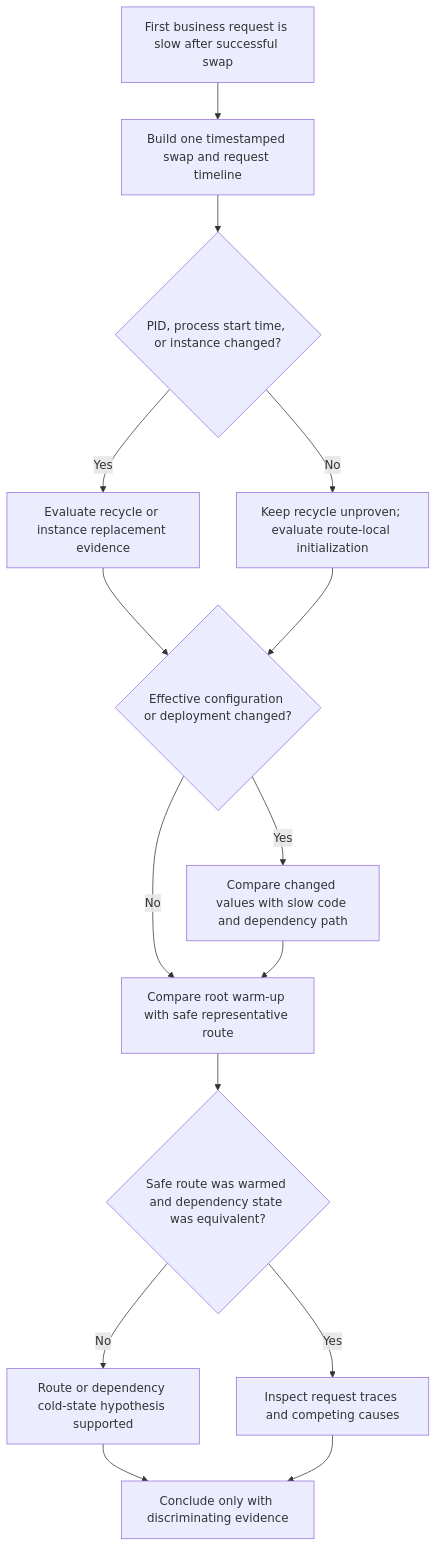
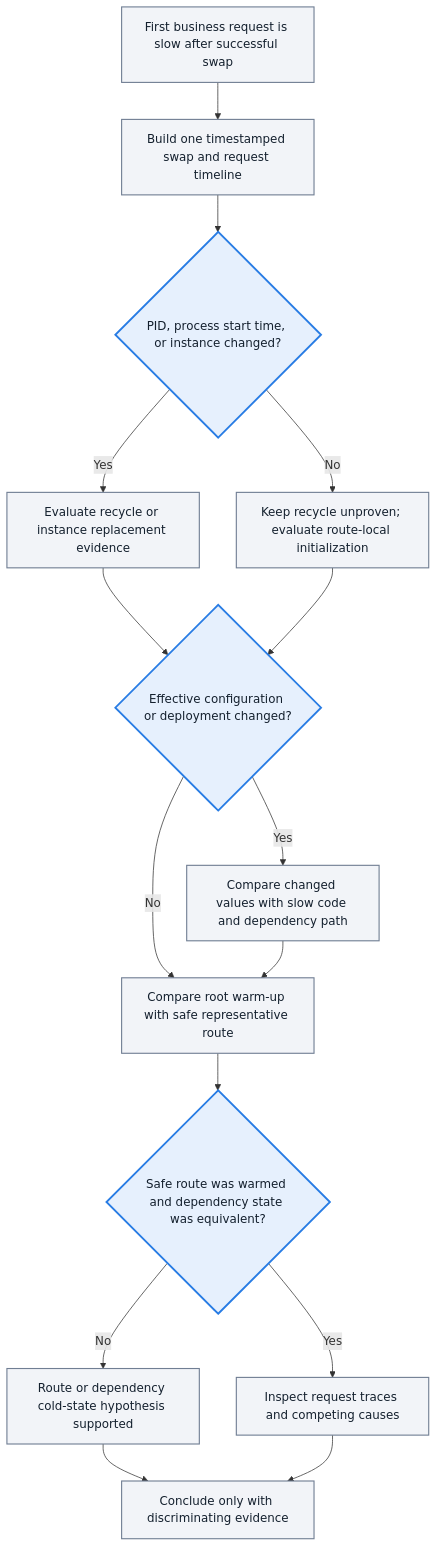
One commit to yeongseon/azure-app-service-practical-guide changed the diagram in docs/troubleshooting/playbooks/startup-availability/windows-slot-swap-first-request-latency.md. Above: the diagram before and after it, drawn with Mermaid. The commit also changed other lines of this file and 1 other file, not shown here.

Commit message:
docs(diagrams): migrate the windows slot swap first request latency decision flow
Type the playbook's one decision flowchart under the proposed topology
grammar v1 as plain Mermaid: accTitle and accDescr, the two Table 6.1 role
classes (baseNeutral for the steps and the conclusion, focusActive for the
three decisions) and a Legend & Takeaway line. Node texts, edges and branch
labels are unchanged, checked programmatically. Mark only this occurrence
completed in the manifest, with an empty composition target.

Refs #344
Refs #287
Refs #281

````diff
--- a/docs/troubleshooting/playbooks/startup-availability/windows-slot-swap-first-request-latency.md
+++ b/docs/troubleshooting/playbooks/startup-availability/windows-slot-swap-first-request-latency.md
@@ -63,17 +63,23 @@
 ```mermaid
 flowchart TD
+    accTitle: Windows Slot-Swap First-Request Latency Decision Flow
+    accDescr: Top-down diagnostic decision flow checking whether PID, process start time, or instance changed, whether effective configuration or deployment changed, and whether a safe representative route and dependency state were warmed before concluding only with discriminating evidence.
     A[First business request is slow after successful swap] --> B[Build one timestamped swap and request timeline]
     B --> C{PID, process start time, or instance changed?}
     C -->|Yes| D[Evaluate recycle or instance replacement evidence]
     C -->|No| E[Keep recycle unproven; evaluate route-local initialization]
     D --> F{Effective configuration or deployment changed?}
     E --> F
     F -->|Yes| G[Compare changed values with slow code and dependency path]
     F -->|No| H[Compare root warm-up with safe representative route]
     G --> H
     H --> I{Safe route was warmed and dependency state was equivalent?}
     I -->|No| J[Route or dependency cold-state hypothesis supported]
     I -->|Yes| K[Inspect request traces and competing causes]
     J --> L[Conclude only with discriminating evidence]
     K --> L
+    classDef baseNeutral fill:#f2f4f8,stroke:#707e93,stroke-width:1.5px,color:#14202e;
+    classDef focusActive fill:#e6f0fd,stroke:#287ce4,stroke-width:2.5px,color:#14202e;
+    class A,B,D,E,G,H,J,K,L baseNeutral;
+    class C,F,I focusActive;
 ```
````
